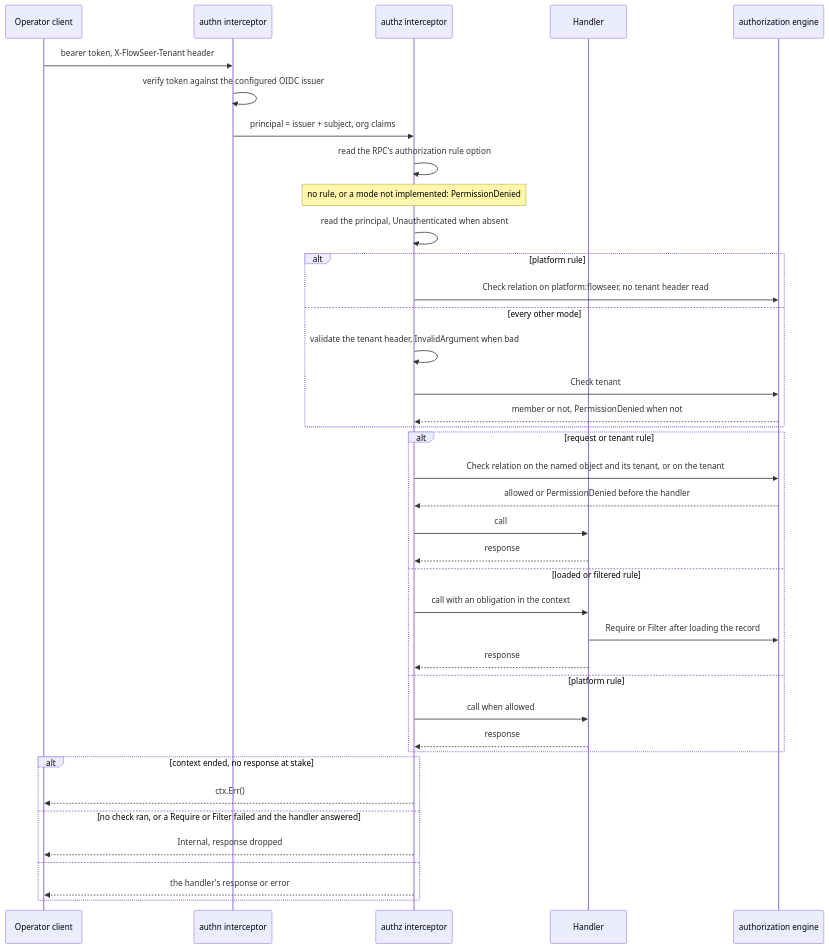
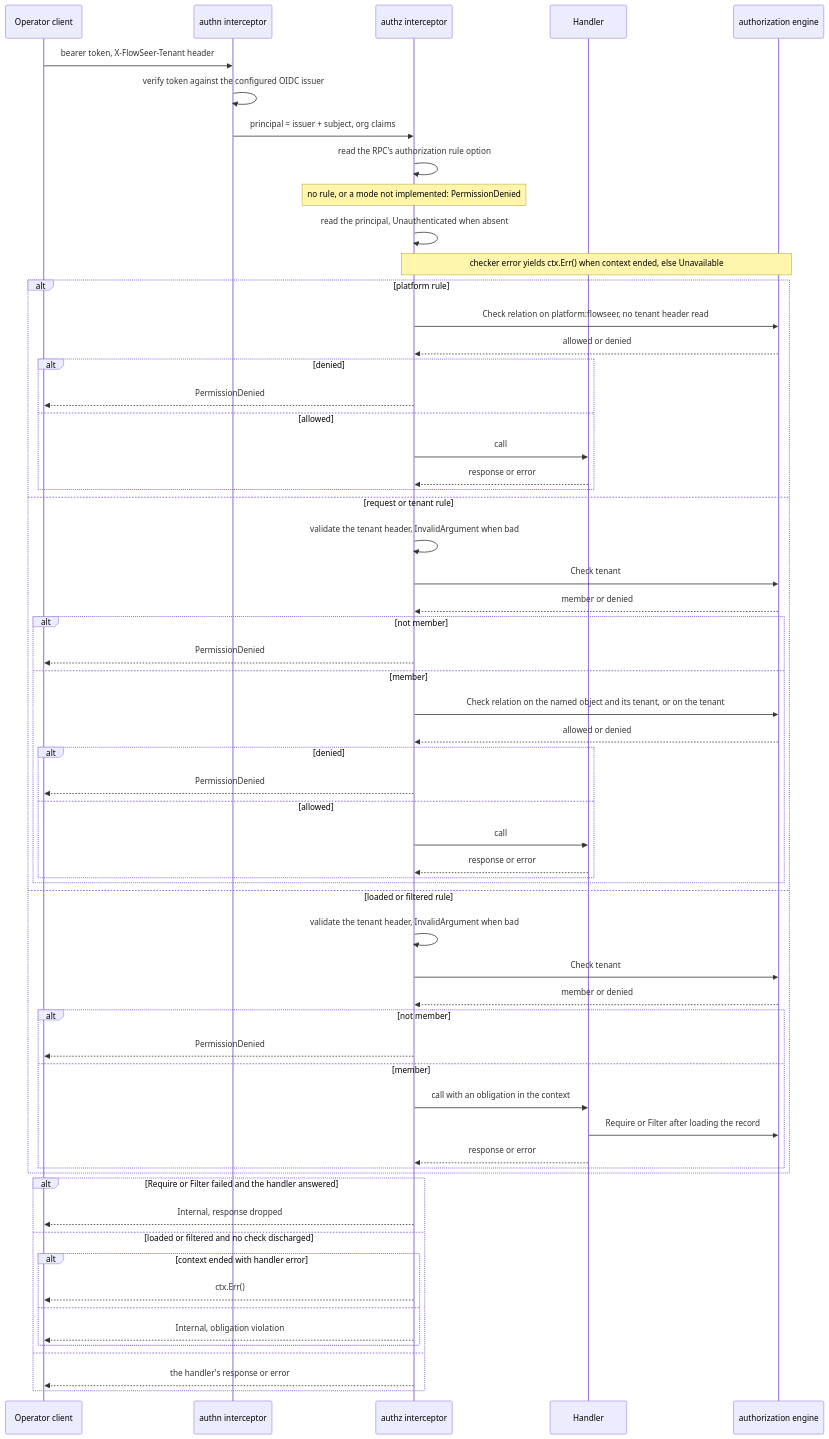
One commit to Aledantee/FlowSeer changed the diagram in docs/architecture/2026-09-30-operator-authorization-direction.md. Above: the diagram before and after it, drawn with Mermaid. The commit also changed other lines of this file, not shown here.

Commit message:
docs(architecture): align rule table, diagram, and amendments with requirements 9 and 16
Update the operator authorization direction record so the rule-mode table states the failed-check drop across modes and uniform obligation in loaded/filtered rules. Redraw the request sequence diagram to end denied checks with PermissionDenied before the handler and restrict bare ctx.Err() returns to checker errors and undischarged handler failures. Amend the platform rule relation scope and table reference sentence.

````diff
--- a/docs/architecture/2026-09-30-operator-authorization-direction.md
+++ b/docs/architecture/2026-09-30-operator-authorization-direction.md
@@ -32,41 +32,63 @@
 ```mermaid
 sequenceDiagram
     participant C as Operator client
     participant A as authn interceptor
     participant Z as authz interceptor
     participant H as Handler
     participant F as authorization engine
     C->>A: bearer token, X-FlowSeer-Tenant header
     A->>A: verify token against the configured OIDC issuer
     A->>Z: principal = issuer + subject, org claims
     Z->>Z: read the RPC's authorization rule option
     Note over Z: no rule, or a mode not implemented: PermissionDenied
     Z->>Z: read the principal, Unauthenticated when absent
+    Note over Z,F: checker error yields ctx.Err() when context ended, else Unavailable
     alt platform rule
         Z->>F: Check relation on platform:flowseer, no tenant header read
-    else every other mode
+        F-->>Z: allowed or denied
+        alt denied
+            Z-->>C: PermissionDenied
+        else allowed
+            Z->>H: call
+            H-->>Z: response or error
+        end
+    else request or tenant rule
         Z->>Z: validate the tenant header, InvalidArgument when bad
         Z->>F: Check tenant#member with token-derived claim context
-        F-->>Z: member or not, PermissionDenied when not
+        F-->>Z: member or denied
+        alt not member
+            Z-->>C: PermissionDenied
+        else member
+            Z->>F: Check relation on the named object and its tenant, or on the tenant
+            F-->>Z: allowed or denied
+            alt denied
+                Z-->>C: PermissionDenied
+            else allowed
+                Z->>H: call
+                H-->>Z: response or error
+            end
+        end
+    else loaded or filtered rule
+        Z->>Z: validate the tenant header, InvalidArgument when bad
+        Z->>F: Check tenant#member with token-derived claim context
+        F-->>Z: member or denied
+        alt not member
+            Z-->>C: PermissionDenied
+        else member
+            Z->>H: call with an obligation in the context
+            H->>F: Require or Filter after loading the record
+            H-->>Z: response or error
+        end
     end
-    alt request or tenant rule
-        Z->>F: Check relation on the named object and its tenant, or on the tenant
-        F-->>Z: allowed or PermissionDenied before the handler
-        Z->>H: call
-        H-->>Z: response
-    else loaded or filtered rule
-        Z->>H: call with an obligation in the context
-        H->>F: Require or Filter after loading the record
-        H-->>Z: response
-    else platform rule
-        Z->>H: call when allowed
-        H-->>Z: response
-    end
-    alt context ended, no response at stake
-        Z-->>C: ctx.Err()
-    else no check ran, or a Require or Filter failed and the handler answered
+    alt Require or Filter failed and the handler answered
         Z-->>C: Internal, response dropped
+    else loaded or filtered and no check discharged
+        alt context ended with handler error
+            Z-->>C: ctx.Err()
+        else
+            Z-->>C: Internal, obligation violation
+        end
     else
         Z-->>C: the handler's response or error
     end
 ```
````
